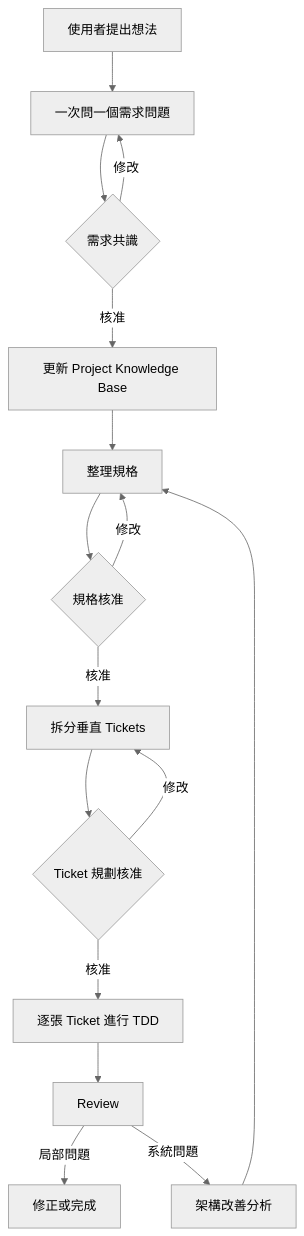
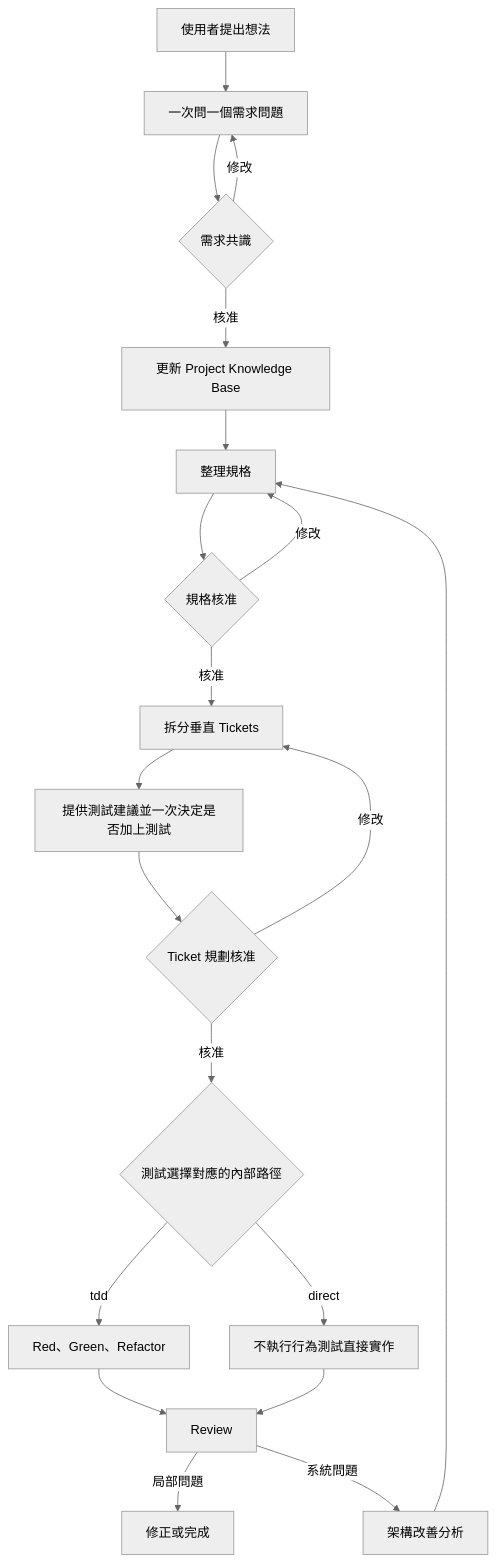
Before and after one commit to Mysterio1001/Ask-Then-Do-It: the diagram in docs/design/ai-development-skills.zh-TW.md, drawn with Mermaid (neutral theme). The commit also changed other lines of this file and 94 other files, not shown here.

````diff
--- a/docs/design/ai-development-skills.zh-TW.md
+++ b/docs/design/ai-development-skills.zh-TW.md
@@ -29,18 +29,22 @@
 ```mermaid
 flowchart TD
     A["使用者提出想法"] --> B["一次問一個需求問題"]
     B --> C{"需求共識"}
     C -->|修改| B
     C -->|核准| D["更新 Project Knowledge Base"]
     D --> E["整理規格"]
     E --> F{"規格核准"}
     F -->|修改| E
     F -->|核准| G["拆分垂直 Tickets"]
-    G --> H{"Ticket 規劃核准"}
-    H -->|修改| G
-    H -->|核准| I["逐張 Ticket 進行 TDD"]
-    I --> J["Review"]
-    J -->|局部問題| K["修正或完成"]
-    J -->|系統問題| L["架構改善分析"]
-    L --> E
+    G --> H["提供測試建議並一次決定是否加上測試"]
+    H --> I{"Ticket 規劃核准"}
+    I -->|修改| G
+    I -->|核准| J{"測試選擇對應的內部路徑"}
+    J -->|tdd| K["Red、Green、Refactor"]
+    J -->|direct| L["不執行行為測試直接實作"]
+    K --> M["Review"]
+    L --> M
+    M -->|局部問題| N["修正或完成"]
+    M -->|系統問題| O["架構改善分析"]
+    O --> E
 ```
````
